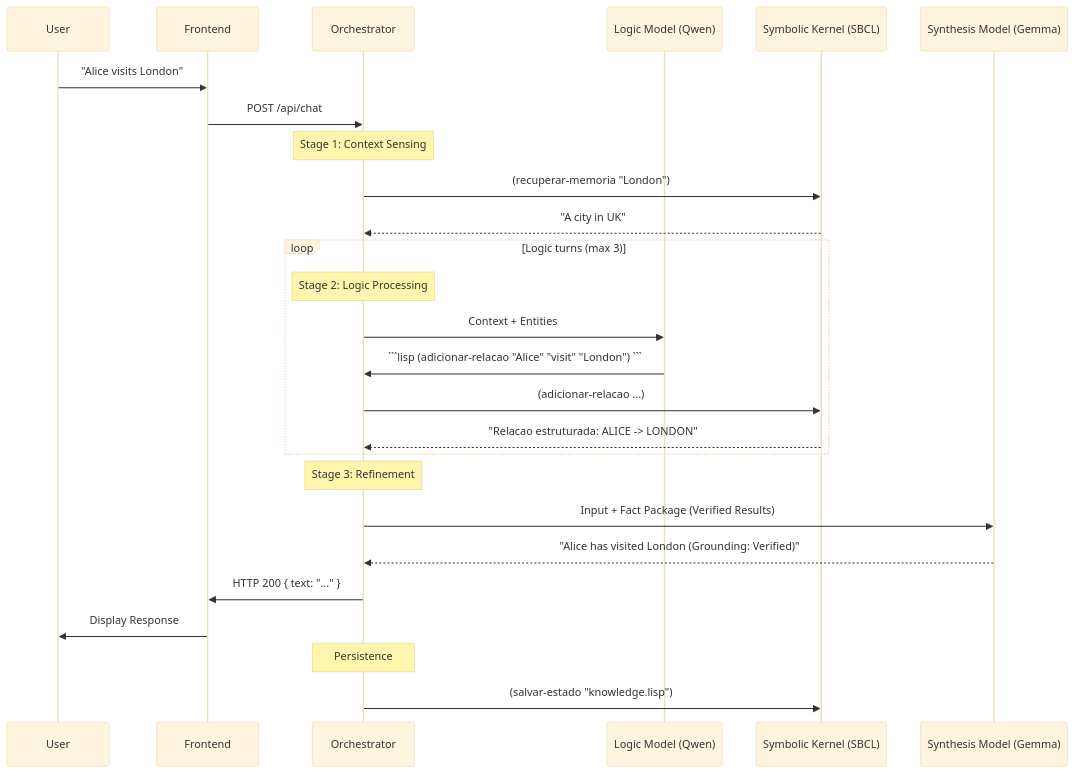
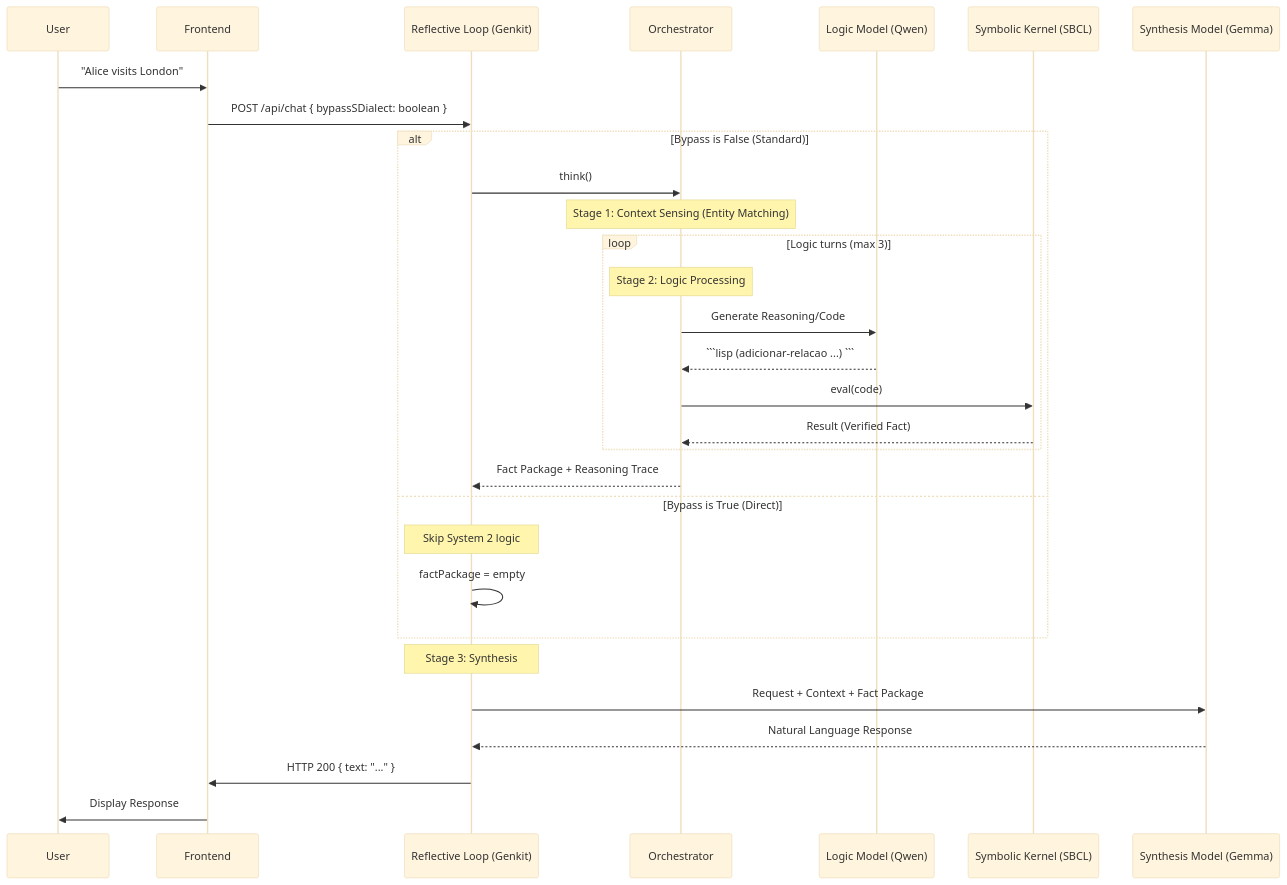
Before and after one commit to spock74/dialectical-symbolic-ai: the second of 2 diagrams in README_V02.md, drawn with Mermaid (base theme). The commit also changed other lines of this file, not shown here.

Commit message:
docs: correct Mermaid diagrams in README_V02.md and align with current implementation

````diff
--- a/README_V02.md
+++ b/README_V02.md
@@ -44,32 +49,36 @@
 ```mermaid
 sequenceDiagram
     participant U as User
     participant F as Frontend
+    participant FL as Reflective Loop (Genkit)
     participant O as Orchestrator
     participant L as Logic Model (Qwen)
     participant SK as Symbolic Kernel (SBCL)
     participant S as Synthesis Model (Gemma)
 
     U->>F: "Alice visits London"
-    F->>O: POST /api/chat
-    Note over O: Stage 1: Context Sensing
-    O->>SK: (recuperar-memoria "London")
-    SK-->>O: "A city in UK"
-
-    loop Logic turns (max 3)
-        Note over O: Stage 2: Logic Processing
-        O->>L: Context + Entities
-        L->>O: ```lisp (adicionar-relacao "Alice" "visit" "London") ```
-        O->>SK: (adicionar-relacao ...)
-        SK-->>O: "Relacao estruturada: ALICE -> LONDON"
+    F->>FL: POST /api/chat { bypassSDialect: boolean }
+    
+    alt Bypass is False (Standard)
+        FL->>O: think()
+        Note over O: Stage 1: Context Sensing (Entity Matching)
+        
+        loop Logic turns (max 3)
+            Note over O: Stage 2: Logic Processing
+            O->>L: Generate Reasoning/Code
+            L-->>O: ```lisp (adicionar-relacao ...) ```
+            O->>SK: eval(code)
+            SK-->>O: Result (Verified Fact)
+        end
+        O-->>FL: Fact Package + Reasoning Trace
+    else Bypass is True (Direct)
+        Note over FL: Skip System 2 logic
+        FL->>FL: factPackage = empty
     end
 
-    Note over O: Stage 3: Refinement
-    O->>S: Input + Fact Package (Verified Results)
-    S-->>O: "Alice has visited London (Grounding: Verified)"
-    O->>F: HTTP 200 { text: "..." }
+    Note over FL: Stage 3: Synthesis
+    FL->>S: Request + Context + Fact Package
+    S-->>FL: Natural Language Response
+    FL->>F: HTTP 200 { text: "..." }
     F->>U: Display Response
-
-    Note over O: Persistence
-    O->>SK: (salvar-estado "knowledge.lisp")
 ```
````
